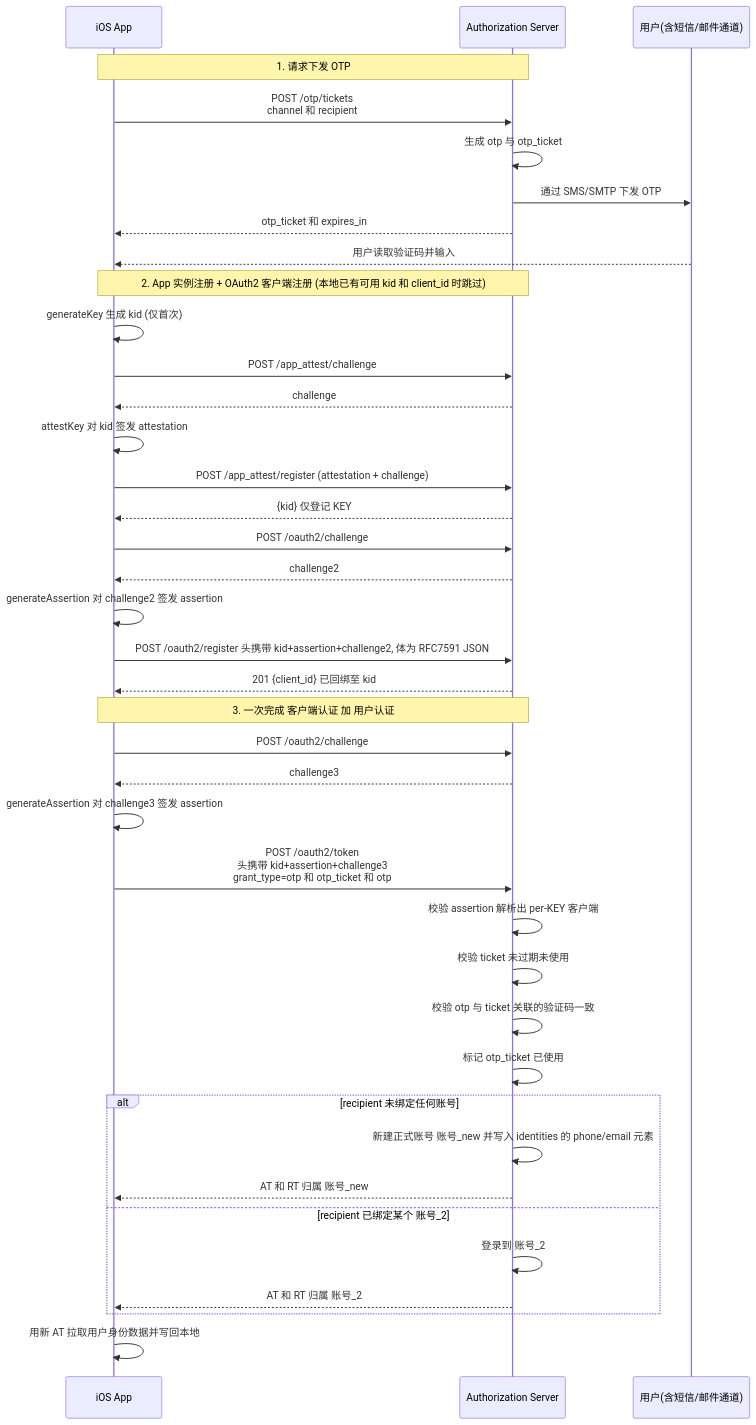
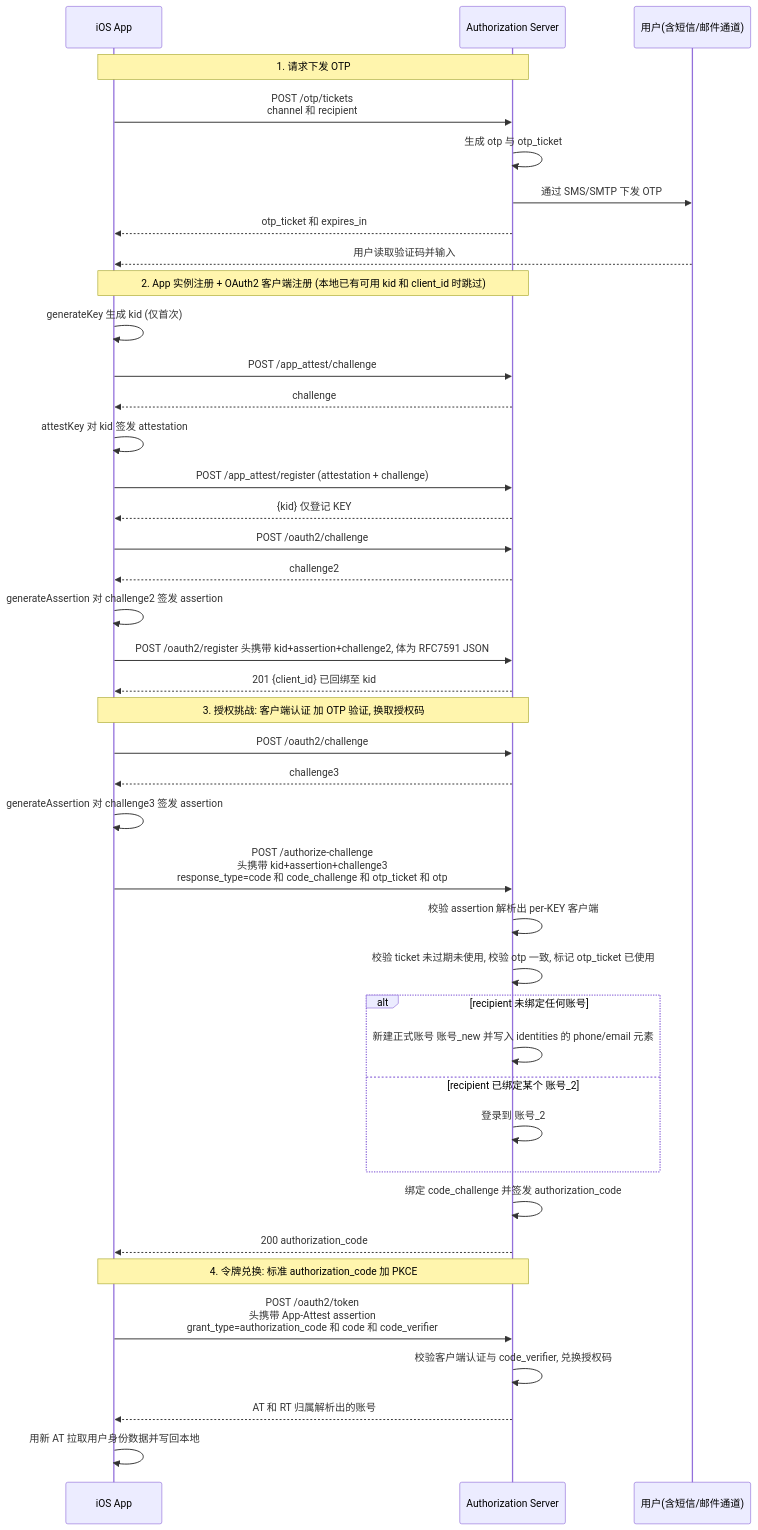
Before and after one commit to euler-projects/demo: the second of 2 diagrams in user-center/doc/apis/zh-cn/app-attest-login/v2/App-Attest-Login-#-OTP.md, drawn with Mermaid. The commit also changed other lines of this file and 4 other files, not shown here.

First line of the commit message:
docs(user-center): document authorization challenge endpoint flow

````diff
--- a/user-center/doc/apis/zh-cn/app-attest-login/v2/App-Attest-Login-#-OTP.md
+++ b/user-center/doc/apis/zh-cn/app-attest-login/v2/App-Attest-Login-#-OTP.md
@@ -116,47 +119,50 @@
 ```mermaid
 sequenceDiagram
     participant App as iOS App
     participant Server as Authorization Server
     participant User as 用户(含短信/邮件通道)
 
     Note over App,Server: 1. 请求下发 OTP
     App->>Server: POST /otp/tickets<br/>channel 和 recipient
     Server->>Server: 生成 otp 与 otp_ticket
     Server->>User: 通过 SMS/SMTP 下发 OTP
     Server-->>App: otp_ticket 和 expires_in
 
     User-->>App: 用户读取验证码并输入
 
     Note over App,Server: 2. App 实例注册 + OAuth2 客户端注册 (本地已有可用 kid 和 client_id 时跳过)
     App->>App: generateKey 生成 kid (仅首次)
     App->>Server: POST /app_attest/challenge
     Server-->>App: challenge
     App->>App: attestKey 对 kid 签发 attestation
     App->>Server: POST /app_attest/register (attestation + challenge)
     Server-->>App: {kid} 仅登记 KEY
     App->>Server: POST /oauth2/challenge
     Server-->>App: challenge2
     App->>App: generateAssertion 对 challenge2 签发 assertion
     App->>Server: POST /oauth2/register 头携带 kid+assertion+challenge2, 体为 RFC7591 JSON
     Server-->>App: 201 {client_id} 已回绑至 kid
 
-    Note over App,Server: 3. 一次完成 客户端认证 加 用户认证
+    Note over App,Server: 3. 授权挑战: 客户端认证 加 OTP 验证, 换取授权码
     App->>Server: POST /oauth2/challenge
     Server-->>App: challenge3
     App->>App: generateAssertion 对 challenge3 签发 assertion
-    App->>Server: POST /oauth2/token<br/>头携带 kid+assertion+challenge3<br/>grant_type=otp 和 otp_ticket 和 otp
+    App->>Server: POST /authorize-challenge<br/>头携带 kid+assertion+challenge3<br/>response_type=code 和 code_challenge 和 otp_ticket 和 otp
     Server->>Server: 校验 assertion 解析出 per-KEY 客户端
-    Server->>Server: 校验 ticket 未过期未使用
-    Server->>Server: 校验 otp 与 ticket 关联的验证码一致
-    Server->>Server: 标记 otp_ticket 已使用
+    Server->>Server: 校验 ticket 未过期未使用, 校验 otp 一致, 标记 otp_ticket 已使用
 
     alt recipient 未绑定任何账号
         Server->>Server: 新建正式账号 账号_new 并写入 identities 的 phone/email 元素
-        Server-->>App: AT 和 RT 归属 账号_new
     else recipient 已绑定某个 账号_2
         Server->>Server: 登录到 账号_2
-        Server-->>App: AT 和 RT 归属 账号_2
     end
+    Server->>Server: 绑定 code_challenge 并签发 authorization_code
+    Server-->>App: 200 authorization_code
+
+    Note over App,Server: 4. 令牌兑换: 标准 authorization_code 加 PKCE
+    App->>Server: POST /oauth2/token<br/>头携带 App-Attest assertion<br/>grant_type=authorization_code 和 code 和 code_verifier
+    Server->>Server: 校验客户端认证与 code_verifier, 兑换授权码
+    Server-->>App: AT 和 RT 归属解析出的账号
 
     App->>App: 用新 AT 拉取用户身份数据并写回本地
 ```
````
